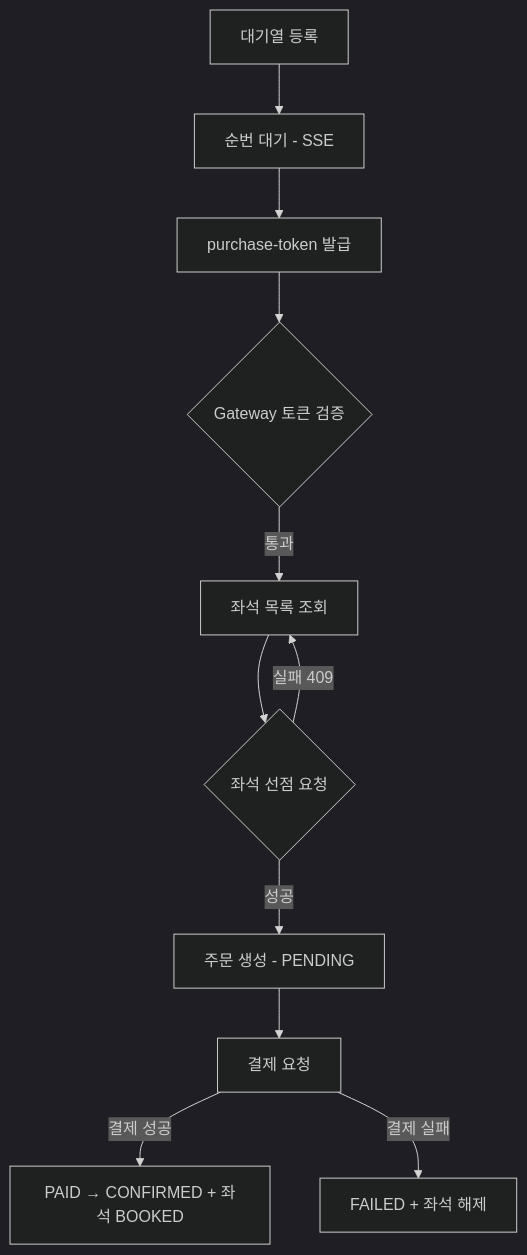
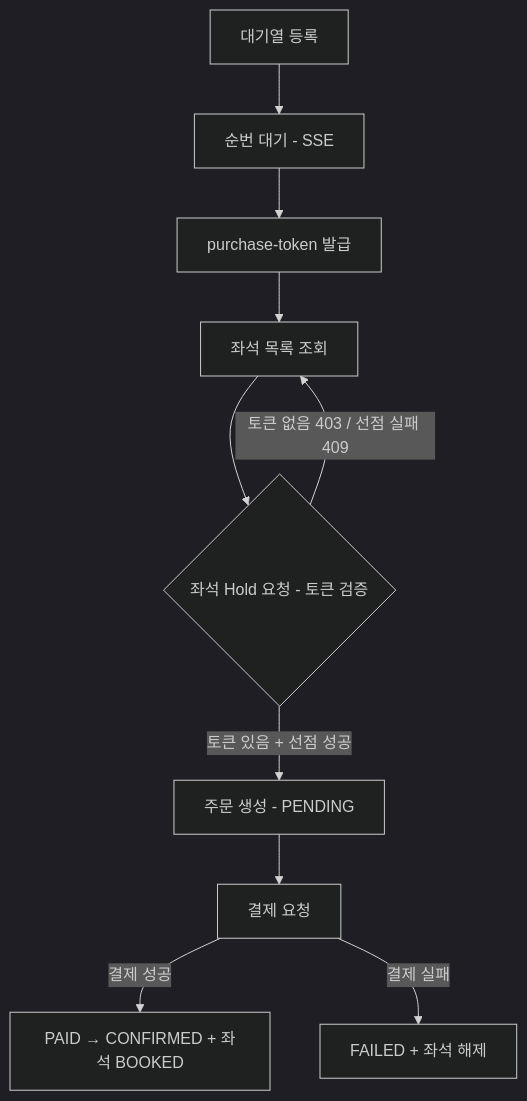
The first of 2 diagrams in docs/ticketing-service/ticketing-system.md (6pm-sparta/6pm), drawn with Mermaid (dark theme) before and after one commit. The commit also changed other lines of this file and 2 other files, not shown here.

````diff
--- a/docs/ticketing-service/ticketing-system.md
+++ b/docs/ticketing-service/ticketing-system.md
@@ -77,21 +77,19 @@
 ```mermaid
 flowchart TD
     A[대기열 등록]
     B[순번 대기 - SSE]
     C[purchase-token 발급]
-    D{Gateway 토큰 검증}
     E[좌석 목록 조회]
-    F{좌석 선점 요청}
+    F{좌석 Hold 요청 - 토큰 검증}
     G[주문 생성 - PENDING]
     H[결제 요청]
     I[PAID → CONFIRMED + 좌석 BOOKED]
     J[FAILED + 좌석 해제]
 
-    A --> B --> C --> D
-    D -->|통과| E
+    A --> B --> C --> E
     E --> F
-    F -->|성공| G --> H
-    F -->|실패 409| E
+    F -->|토큰 있음 + 선점 성공| G --> H
+    F -->|토큰 없음 403 / 선점 실패 409| E
     H -->|결제 성공| I
     H -->|결제 실패| J
 ```
````
